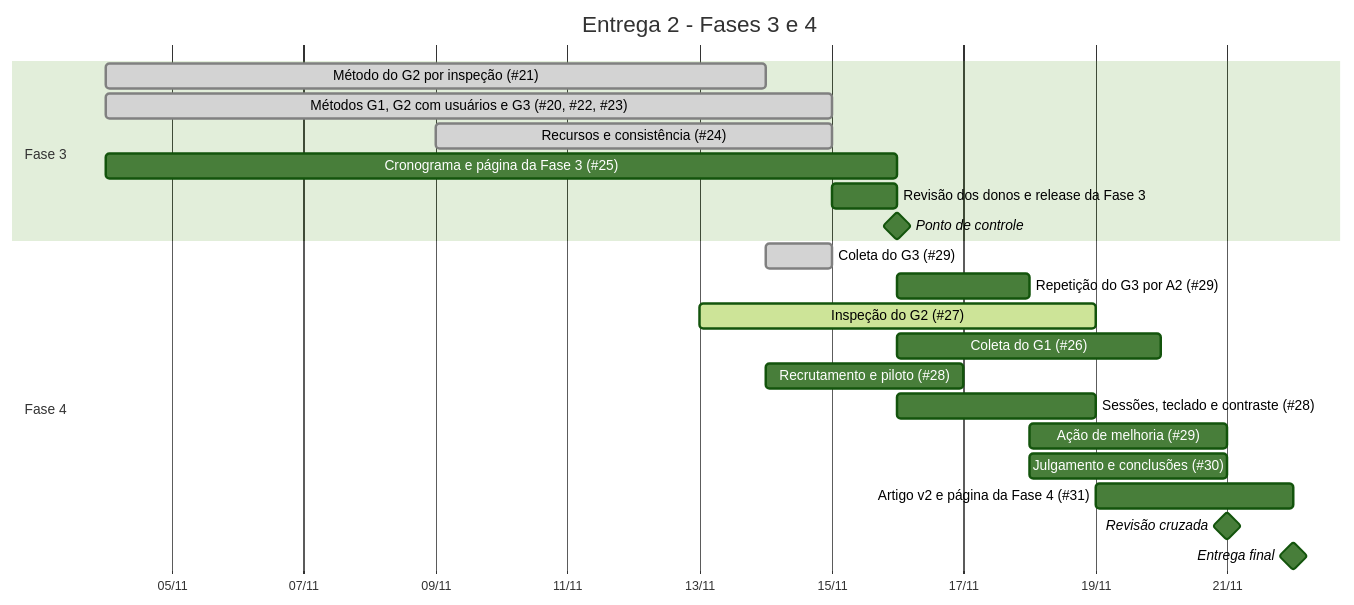
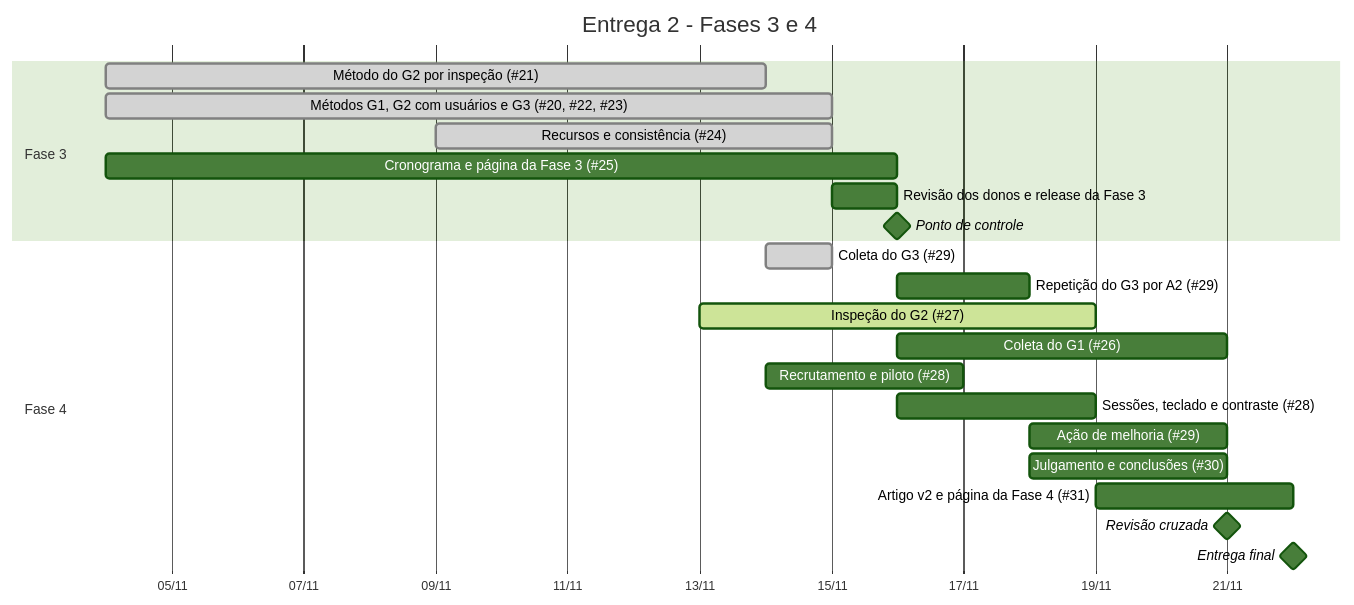
One commit to FCTE-Qualidade-de-Software-1/2026-2_T02_FRANCES_ALLEN changed the diagram in docs/fase-3/cronograma.md. Above: the diagram before and after it, drawn with Mermaid (forest theme). The commit also changed other lines of this file and 21 other files, not shown here.

````diff
--- a/docs/fase-3/cronograma.md
+++ b/docs/fase-3/cronograma.md
@@ -66,25 +74,25 @@
 ```mermaid
 gantt
     title Entrega 2 - Fases 3 e 4
     dateFormat YYYY-MM-DD
     axisFormat %d/%m
     section Fase 3
     Método do G2 por inspeção (#21)            :done, f3a, 2026-11-04, 2026-11-14
     Métodos G1, G2 com usuários e G3 (#20, #22, #23) :done, f3b, 2026-11-04, 2026-11-15
     Recursos e consistência (#24)              :done, f3c, 2026-11-09, 2026-11-15
     Cronograma e página da Fase 3 (#25)        :f3d, 2026-11-04, 2026-11-16
     Revisão dos donos e release da Fase 3      :f3e, 2026-11-15, 2026-11-16
     Ponto de controle                          :milestone, 2026-11-16, 0d
     section Fase 4
     Coleta do G3 (#29)                         :done, f4a, 2026-11-14, 2026-11-15
     Repetição do G3 por A2 (#29)               :f4b, 2026-11-16, 2026-11-18
     Inspeção do G2 (#27)                       :active, f4c, 2026-11-13, 2026-11-19
-    Coleta do G1 (#26)                         :f4d, 2026-11-16, 2026-11-20
+    Coleta do G1 (#26)                         :f4d, 2026-11-16, 2026-11-21
     Recrutamento e piloto (#28)                :f4e, 2026-11-14, 2026-11-17
     Sessões, teclado e contraste (#28)         :f4f, 2026-11-16, 2026-11-19
     Ação de melhoria (#29)                     :f4g, 2026-11-18, 2026-11-21
     Julgamento e conclusões (#30)              :f4h, 2026-11-18, 2026-11-21
     Artigo v2 e página da Fase 4 (#31)         :f4i, 2026-11-19, 2026-11-22
     Revisão cruzada                            :milestone, 2026-11-21, 0d
     Entrega final                              :milestone, 2026-11-22, 0d
 ```
````
